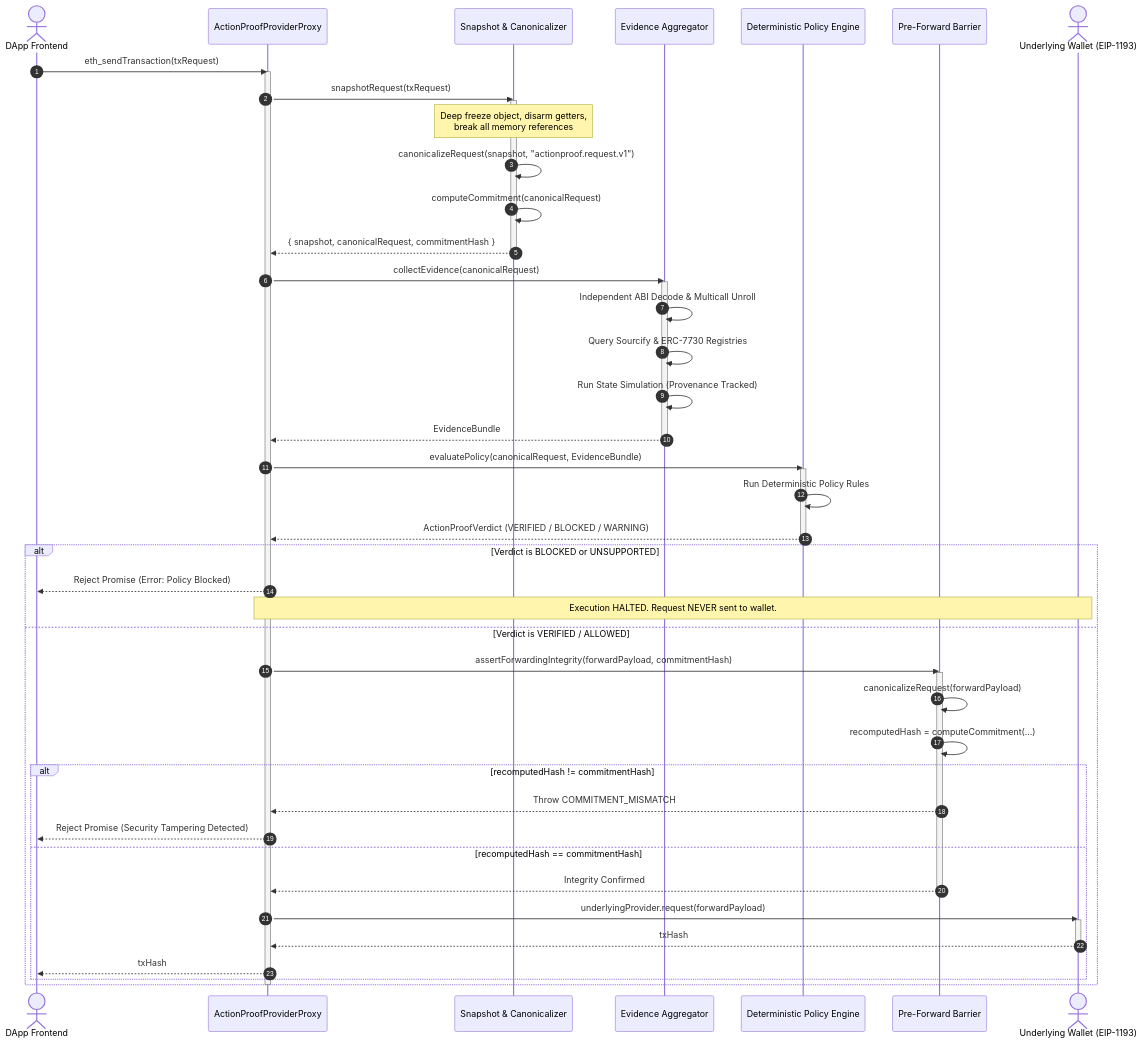
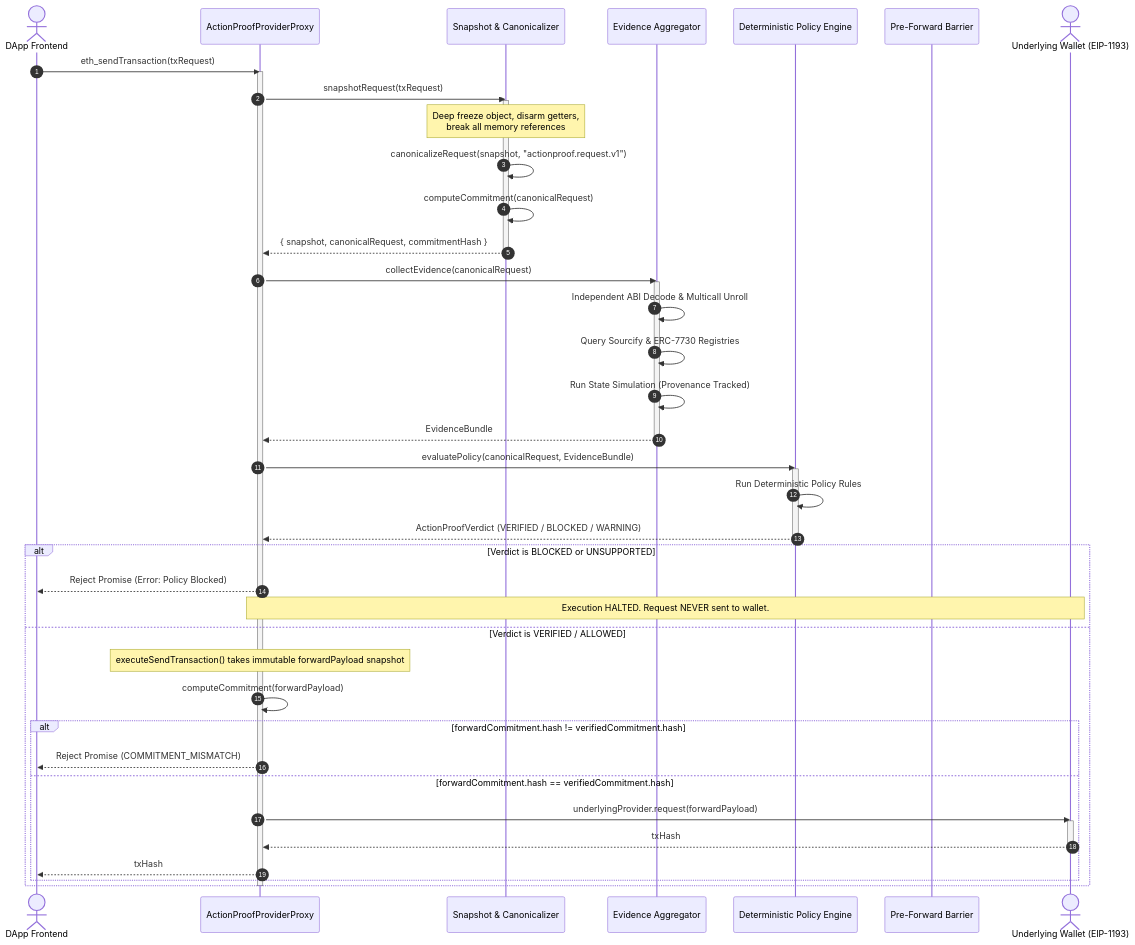
One commit to Abhi010903/ActionProofETR changed the diagram in docs/05-RUNTIME-FLOW.md. Above: the diagram before and after it, drawn with Mermaid. The commit also changed other lines of this file and 10 other files, not shown here.

````diff
--- a/docs/05-RUNTIME-FLOW.md
+++ b/docs/05-RUNTIME-FLOW.md
@@ -5,59 +5,54 @@
 ```mermaid
 sequenceDiagram
     autonumber
     actor DApp as DApp Frontend
     participant Proxy as ActionProofProviderProxy
     participant Snap as Snapshot & Canonicalizer
     participant Evidence as Evidence Aggregator
     participant Policy as Deterministic Policy Engine
     participant Barrier as Pre-Forward Barrier
     actor Wallet as Underlying Wallet (EIP-1193)
 
     DApp->>Proxy: eth_sendTransaction(txRequest)
     activate Proxy
     
     Proxy->>Snap: snapshotRequest(txRequest)
     activate Snap
     Note over Snap: Deep freeze object, disarm getters,<br/>break all memory references
     Snap->>Snap: canonicalizeRequest(snapshot, "actionproof.request.v1")
     Snap->>Snap: computeCommitment(canonicalRequest)
     Snap-->>Proxy: { snapshot, canonicalRequest, commitmentHash }
     deactivate Snap
 
     Proxy->>Evidence: collectEvidence(canonicalRequest)
     activate Evidence
     Evidence->>Evidence: Independent ABI Decode & Multicall Unroll
     Evidence->>Evidence: Query Sourcify & ERC-7730 Registries
     Evidence->>Evidence: Run State Simulation (Provenance Tracked)
     Evidence-->>Proxy: EvidenceBundle
     deactivate Evidence
 
     Proxy->>Policy: evaluatePolicy(canonicalRequest, EvidenceBundle)
     activate Policy
     Policy->>Policy: Run Deterministic Policy Rules
     Policy-->>Proxy: ActionProofVerdict (VERIFIED / BLOCKED / WARNING)
     deactivate Policy
 
     alt Verdict is BLOCKED or UNSUPPORTED
         Proxy-->>DApp: Reject Promise (Error: Policy Blocked)
         Note over Proxy,Wallet: Execution HALTED. Request NEVER sent to wallet.
     else Verdict is VERIFIED / ALLOWED
-        Proxy->>Barrier: assertForwardingIntegrity(forwardPayload, commitmentHash)
-        activate Barrier
-        Barrier->>Barrier: canonicalizeRequest(forwardPayload)
-        Barrier->>Barrier: recomputedHash = computeCommitment(...)
-        alt recomputedHash != commitmentHash
-            Barrier-->>Proxy: Throw COMMITMENT_MISMATCH
-            Proxy-->>DApp: Reject Promise (Security Tampering Detected)
-        else recomputedHash == commitmentHash
-            Barrier-->>Proxy: Integrity Confirmed
-            deactivate Barrier
+        Note over Proxy: executeSendTransaction() takes immutable forwardPayload snapshot
+        Proxy->>Proxy: computeCommitment(forwardPayload)
+        alt forwardCommitment.hash != verifiedCommitment.hash
+            Proxy-->>DApp: Reject Promise (COMMITMENT_MISMATCH)
+        else forwardCommitment.hash == verifiedCommitment.hash
             Proxy->>Wallet: underlyingProvider.request(forwardPayload)
             activate Wallet
             Wallet-->>Proxy: txHash
             deactivate Wallet
             Proxy-->>DApp: txHash
         end
     end
     deactivate Proxy
 ```
````
